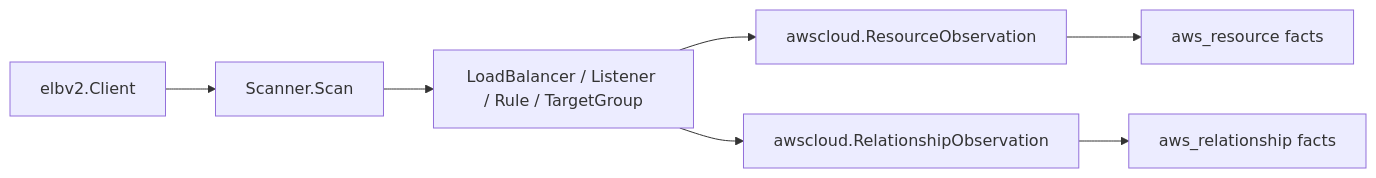
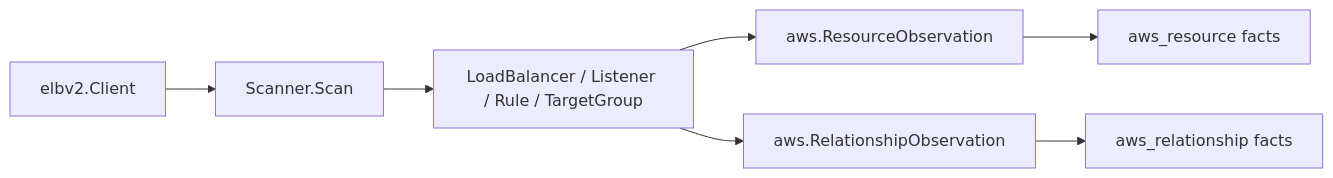
One commit to eshu-hq/eshu changed the diagram in go/internal/collector/cloud/aws/service/elbv2/README.md. Above: the diagram before and after it, drawn with Mermaid. The commit also changed other lines of this file and 2862 other files, not shown here.

````diff
--- a/go/internal/collector/cloud/aws/service/elbv2/README.md
+++ b/go/internal/collector/cloud/aws/service/elbv2/README.md
@@ -19,9 +19,9 @@
 ```mermaid
 flowchart LR
   A["elbv2.Client"] --> B["Scanner.Scan"]
   B --> C["LoadBalancer / Listener / Rule / TargetGroup"]
-  C --> D["awscloud.ResourceObservation"]
-  C --> E["awscloud.RelationshipObservation"]
+  C --> D["aws.ResourceObservation"]
+  C --> E["aws.RelationshipObservation"]
   D --> F["aws_resource facts"]
   E --> G["aws_relationship facts"]
 ```
````
